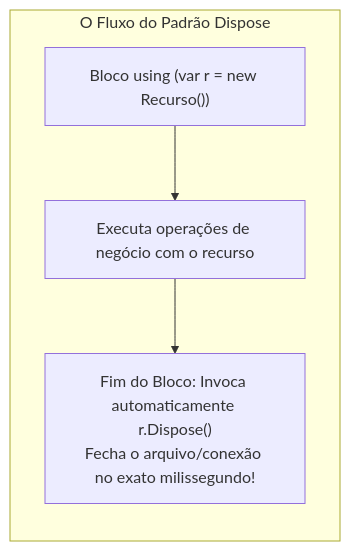
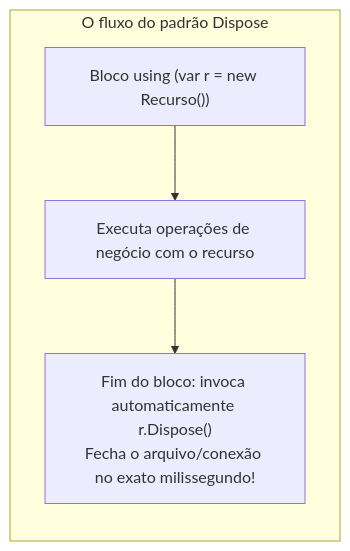
Before and after one commit to leorruas/puc: the sixth of 7 diagrams in 01. Programacao Modular/10. Destrutores e finalizadores (desalocação de memória e liberação de recursos).md, drawn with Mermaid. The commit also changed other lines of this file and 7 other files, not shown here.

Commit message:
refactor(mermaid): padroniza engine do app com curve linear para linhas retas, atualiza Regra 9 do AGENTS.md e refatora todos os diagramas LR para TD vertical em todo o vault

````diff
--- a/01. Programacao Modular/10. Destrutores e finalizadores (desalocação de memória e liberação de recursos).md
+++ b/01. Programacao Modular/10. Destrutores e finalizadores (desalocação de memória e liberação de recursos).md
@@ -209,12 +209,12 @@
 ```mermaid
-flowchart LR
-    subgraph PadraoDispose ["O Fluxo do Padrão Dispose"]
+flowchart TD
+    subgraph PadraoDispose ["O fluxo do padrão Dispose"]
         direction TB
         BlocoUsing["Bloco using (var r = new Recurso())"]
         Uso["Executa operações de negócio com o recurso"]
-        AutoDispose["Fim do Bloco: Invoca automaticamente r.Dispose()<br>Fecha o arquivo/conexão no exato milissegundo!"]
+        AutoDispose["Fim do bloco: invoca automaticamente r.Dispose()<br>Fecha o arquivo/conexão no exato milissegundo!"]
 
         BlocoUsing --> Uso
         Uso --> AutoDispose
     end
 ```
````
